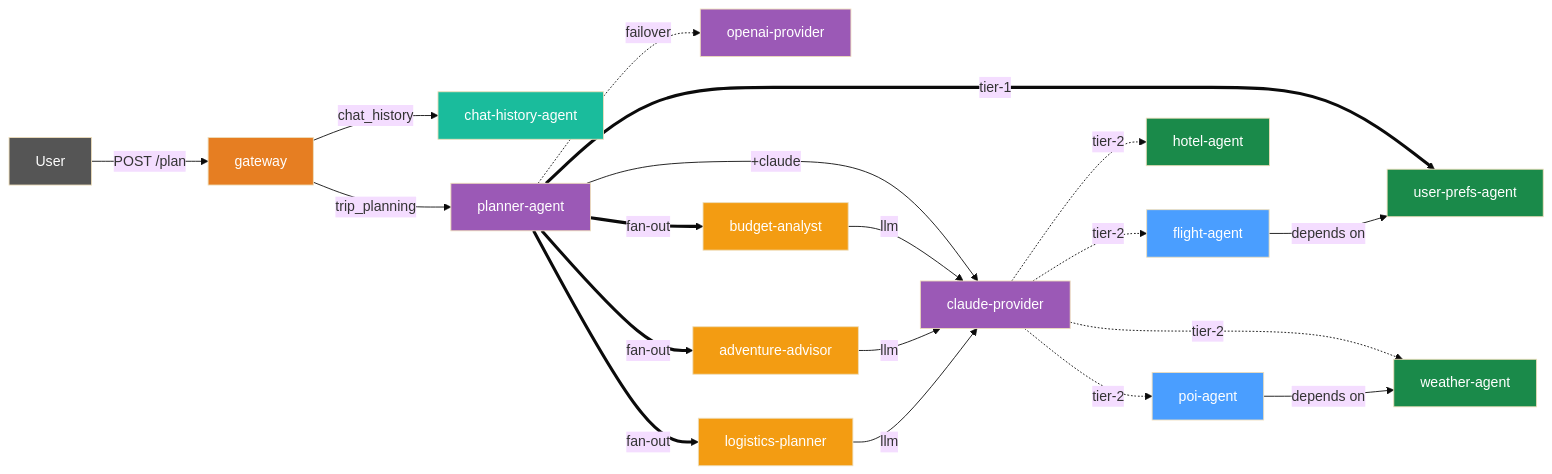
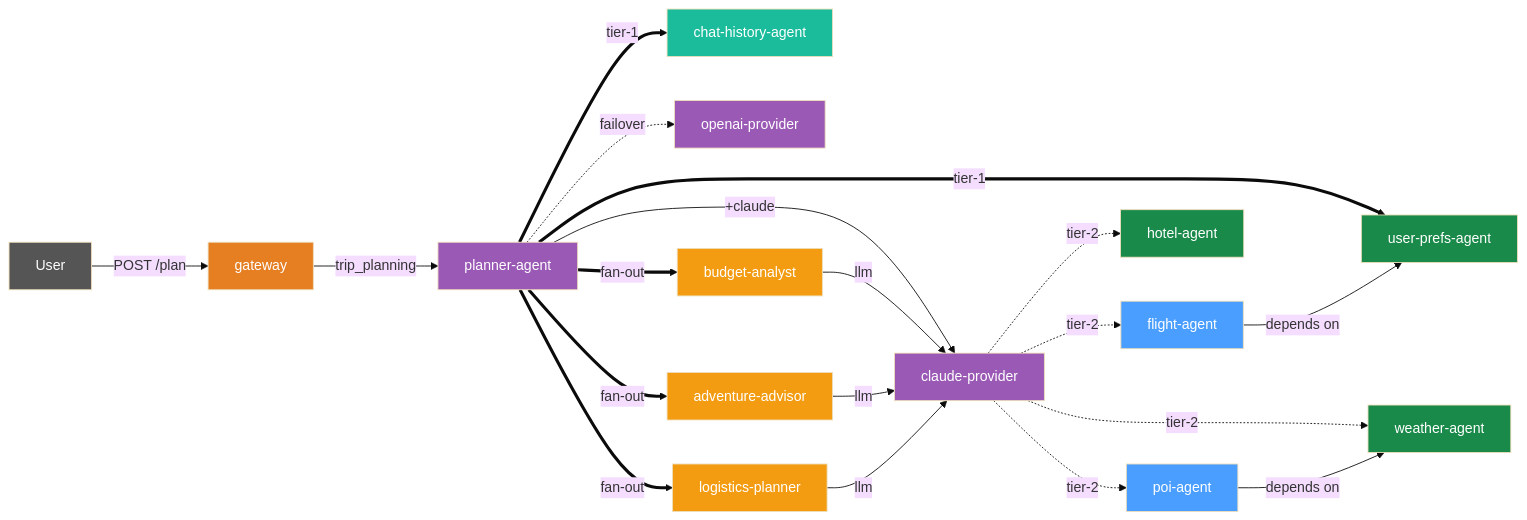
Before and after one commit to dhyansraj/mcp-mesh: the diagram in docs/tutorial/day-07-committee.md, drawn with Mermaid (base theme). The commit also changed other lines of this file and 486 other files, not shown here.

First line of the commit message:
fix: tutorial validation pass — code, screenshots, and flow corrections (#758)

````diff
--- a/docs/tutorial/day-07-committee.md
+++ b/docs/tutorial/day-07-committee.md
@@ -11,36 +11,36 @@
 ```mermaid
 graph LR
     U[User] -->|"POST /plan"| GW[gateway]
-    GW -->|"chat_history"| CH[chat-history-agent]
     GW -->|"trip_planning"| PL[planner-agent]
+    PL ==>|tier-1| CH[chat-history-agent]
     PL -->|"+claude"| CP[claude-provider]
     PL -.->|failover| OP[openai-provider]
     PL ==>|tier-1| UPA[user-prefs-agent]
     PL ==>|fan-out| BA[budget-analyst]
     PL ==>|fan-out| AA[adventure-advisor]
     PL ==>|fan-out| LP[logistics-planner]
     BA -->|llm| CP
     AA -->|llm| CP
     LP -->|llm| CP
     CP -.->|tier-2| FA[flight-agent]
     CP -.->|tier-2| HA[hotel-agent]
     CP -.->|tier-2| WA[weather-agent]
     CP -.->|tier-2| PA[poi-agent]
     FA -->|depends on| UPA
     PA -->|depends on| WA
 
     style U fill:#555,color:#fff
     style GW fill:#e67e22,color:#fff
     style CH fill:#1abc9c,color:#fff
     style PL fill:#9b59b6,color:#fff
     style CP fill:#9b59b6,color:#fff
     style OP fill:#9b59b6,color:#fff
     style BA fill:#f39c12,color:#fff
     style AA fill:#f39c12,color:#fff
     style LP fill:#f39c12,color:#fff
     style FA fill:#4a9eff,color:#fff
     style PA fill:#4a9eff,color:#fff
     style UPA fill:#1a8a4a,color:#fff
     style WA fill:#1a8a4a,color:#fff
     style HA fill:#1a8a4a,color:#fff
 ```
````
